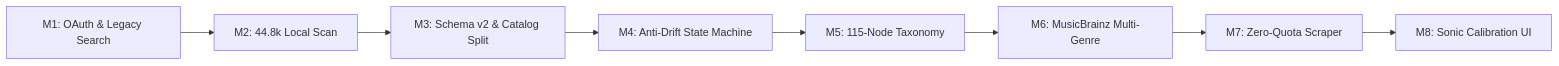
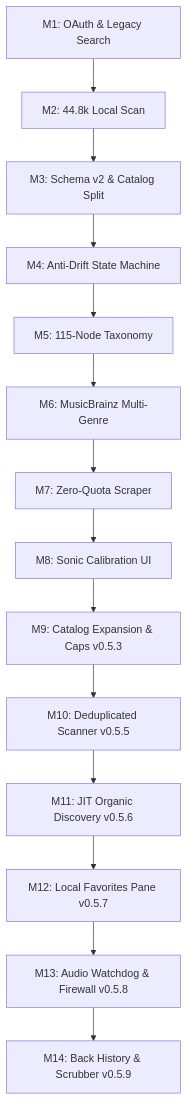
Before and after one commit to corneliunitoi/MusicMood: the diagram in FEATURES.md, drawn with Mermaid. The commit also changed other lines of this file, not shown here.

````diff
--- a/FEATURES.md
+++ b/FEATURES.md
@@ -9,10 +9,16 @@
 ```mermaid
-flowchart LR
+flowchart TD
     M1[M1: OAuth & Legacy Search] --> M2[M2: 44.8k Local Scan]
     M2 --> M3[M3: Schema v2 & Catalog Split]
     M3 --> M4[M4: Anti-Drift State Machine]
     M4 --> M5[M5: 115-Node Taxonomy]
     M5 --> M6[M6: MusicBrainz Multi-Genre]
     M6 --> M7[M7: Zero-Quota Scraper]
     M7 --> M8[M8: Sonic Calibration UI]
+    M8 --> M9[M9: Catalog Expansion & Caps v0.5.3]
+    M9 --> M10[M10: Deduplicated Scanner v0.5.5]
+    M10 --> M11[M11: JIT Organic Discovery v0.5.6]
+    M11 --> M12[M12: Local Favorites Pane v0.5.7]
+    M12 --> M13[M13: Audio Watchdog & Firewall v0.5.8]
+    M13 --> M14[M14: Back History & Scrubber v0.5.9]
 ```
````
